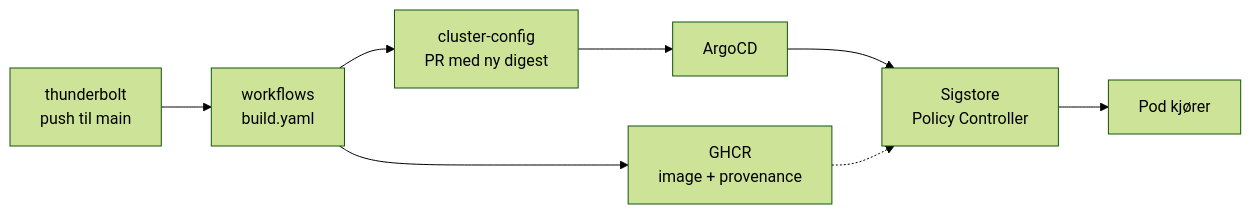
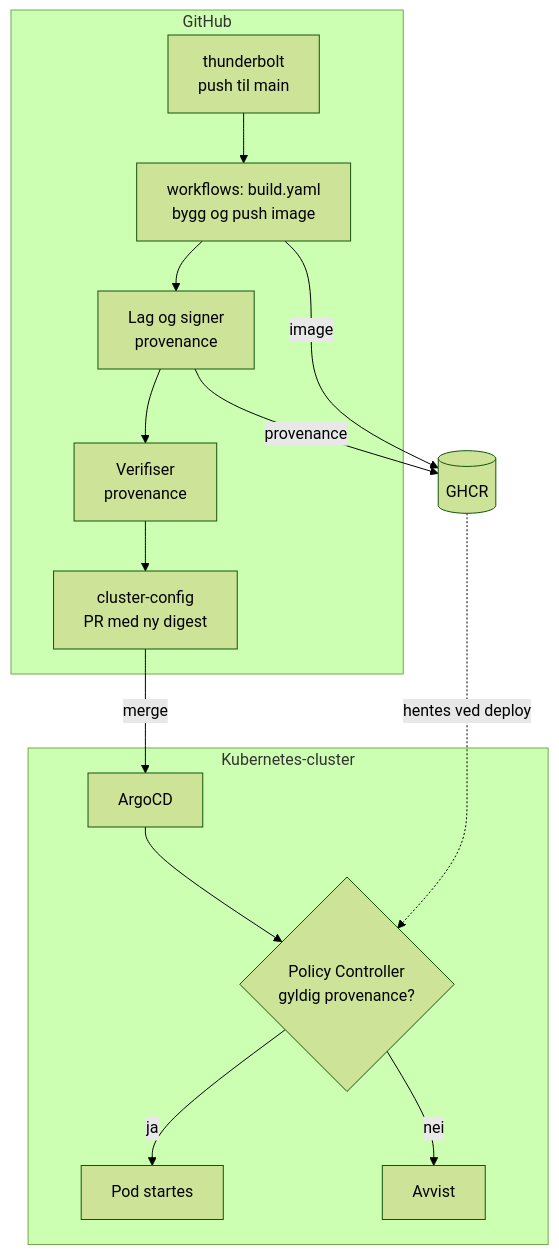
One commit to the-most-secure-supply-chain-ever-maaan/thunderbolt changed the diagram in README.md. Above: the diagram before and after it, drawn with Mermaid (forest theme). The commit also changed other lines of this file, not shown here.

Commit message:
Further readme updates

````diff
--- a/README.md
+++ b/README.md
@@ -19,10 +19,21 @@
 ```mermaid
-flowchart LR
-  A[thunderbolt<br/>push til main] --> B[workflows<br/>build.yaml]
-  B --> C[GHCR<br/>image + provenance]
-  B --> D[cluster-config<br/>PR med ny digest]
-  D --> E[ArgoCD]
-  E --> F[Sigstore<br/>Policy Controller]
-  C -.-> F
-  F --> G[Pod kjører]
+flowchart TD
+  subgraph GH["GitHub"]
+    A[thunderbolt<br/>push til main] --> B[workflows: build.yaml<br/>bygg og push image]
+    B --> C[Lag og signer<br/>provenance]
+    C --> D[Verifiser<br/>provenance]
+    D --> E[cluster-config<br/>PR med ny digest]
+  end
+ 
+  B -- image --> R[(GHCR)]
+  C -- provenance --> R
+ 
+  subgraph K8S["Kubernetes-cluster"]
+    F[ArgoCD] --> G{Policy Controller<br/>gyldig provenance?}
+    G -- ja --> H[Pod startes]
+    G -- nei --> I[Avvist]
+  end
+ 
+  E -- merge --> F
+  R -. hentes ved deploy .-> G
 ```
````
